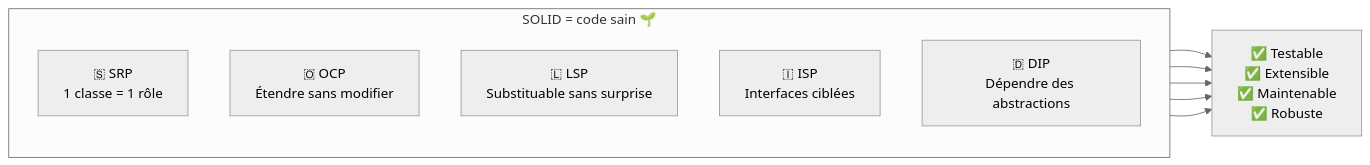
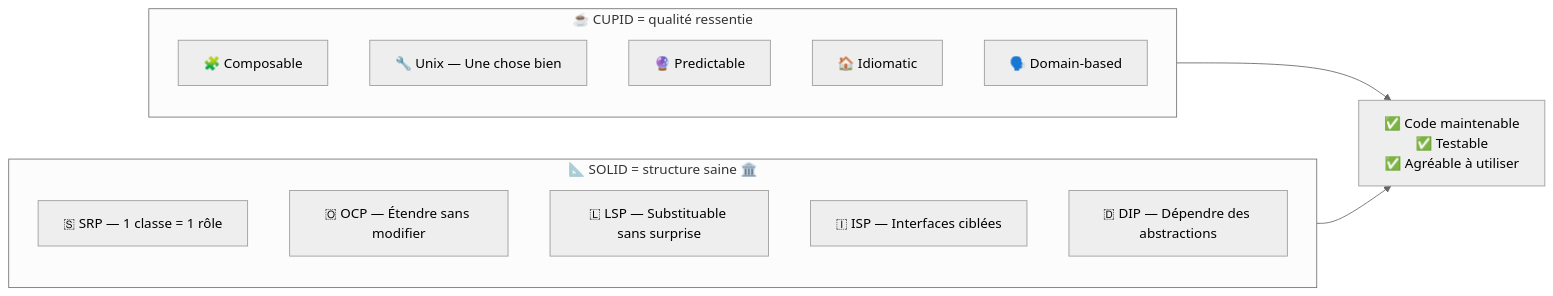
The fifth of 5 diagrams in README.FR.md (AnthonyDegroote/SoftwareCraftLab), drawn with Mermaid (neutral theme) before and after one commit. The commit also changed other lines of this file and 1 other file, not shown here.

First line of the commit message:
Refonte README : ajout CUPID, structure & comparatifs

````diff
--- a/README.FR.md
+++ b/README.FR.md
@@ -399,17 +157,23 @@
 ```mermaid
 graph LR
-    subgraph "SOLID = code sain 🌱"
+    subgraph "📐 SOLID = structure saine 🏛️"
         direction TB
-        S["🇸 SRP<br/>1 classe = 1 rôle"]
-        O["🇴 OCP<br/>Étendre sans modifier"]
-        L["🇱 LSP<br/>Substituable sans surprise"]
-        I["🇮 ISP<br/>Interfaces ciblées"]
-        D["🇩 DIP<br/>Dépendre des abstractions"]
+        S["🇸 SRP — 1 classe = 1 rôle"]
+        O["🇴 OCP — Étendre sans modifier"]
+        L["🇱 LSP — Substituable sans surprise"]
+        I["🇮 ISP — Interfaces ciblées"]
+        D["🇩 DIP — Dépendre des abstractions"]
     end
 
-    S --> RESULT["✅ Testable<br/>✅ Extensible<br/>✅ Maintenable<br/>✅ Robuste"]
-    O --> RESULT
-    L --> RESULT
-    I --> RESULT
-    D --> RESULT
+    subgraph "☕ CUPID = qualité ressentie"
+        direction TB
+        CC["🧩 Composable"]
+        UU["🔧 Unix — Une chose bien"]
+        PP["🔮 Predictable"]
+        II["🏠 Idiomatic"]
+        DD["🗣️ Domain-based"]
+    end
+
+    S --> RESULT["✅ Code maintenable<br/>✅ Testable<br/>✅ Agréable à utiliser"]
+    CC --> RESULT
 ```
````
